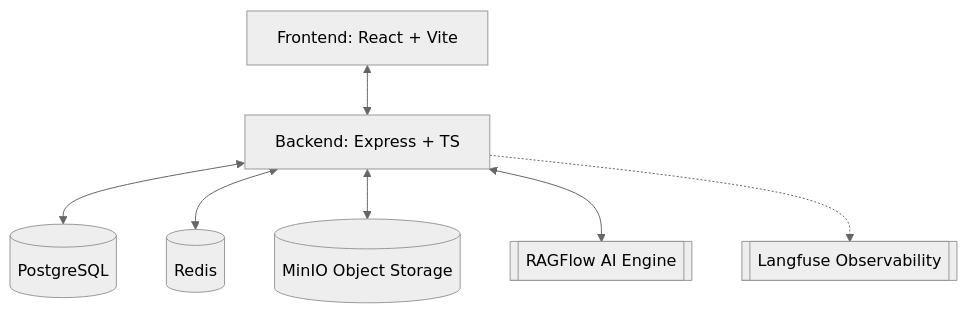
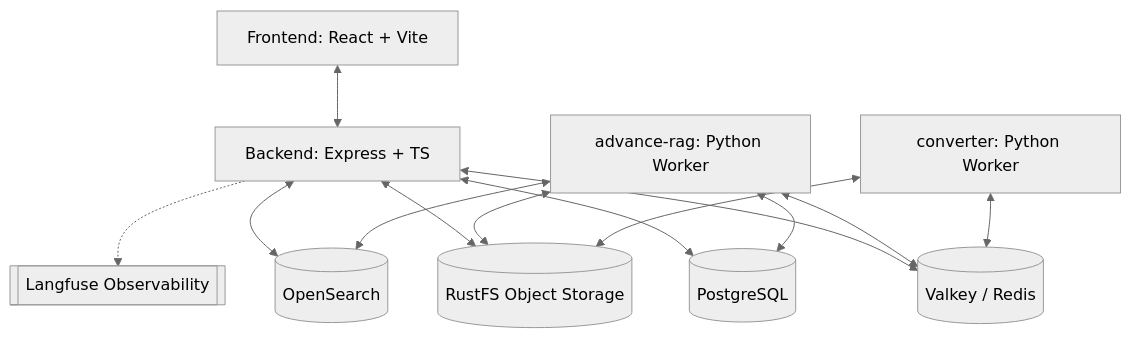
Before and after one commit to b-knowledge-solution/b-knowledge: the diagram in README.md, drawn with Mermaid (neutral theme). The commit also changed other lines of this file and 11 other files, not shown here.

````diff
--- a/README.md
+++ b/README.md
@@ -24,17 +24,25 @@
 ```mermaid
 graph TD
     Client[Frontend: React + Vite]
     BE[Backend: Express + TS]
+    Worker[advance-rag: Python Worker]
+    Converter[converter: Python Worker]
     DB[(PostgreSQL)]
-    Redis[(Redis)]
-    MinIO[(MinIO Object Storage)]
-    RAGFlow[[RAGFlow AI Engine]]
+    Valkey[(Valkey / Redis)]
+    RustFS[(RustFS Object Storage)]
+    OpenSearch[(OpenSearch)]
     Langfuse[[Langfuse Observability]]
 
     Client <--> BE
     BE <--> DB
-    BE <--> Redis
-    BE <--> MinIO
-    BE <--> RAGFlow
+    BE <--> Valkey
+    BE <--> RustFS
+    BE <--> OpenSearch
     BE -.-> Langfuse
+    Worker <--> DB
+    Worker <--> Valkey
+    Worker <--> RustFS
+    Worker <--> OpenSearch
+    Converter <--> Valkey
+    Converter <--> RustFS
 ```
````
